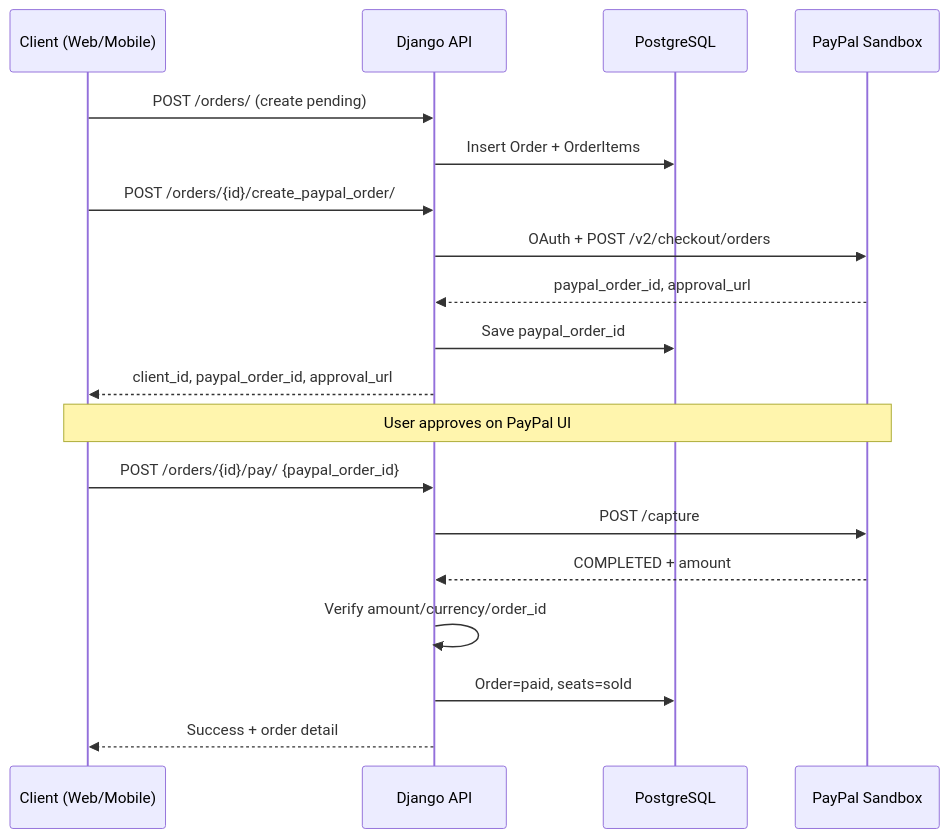
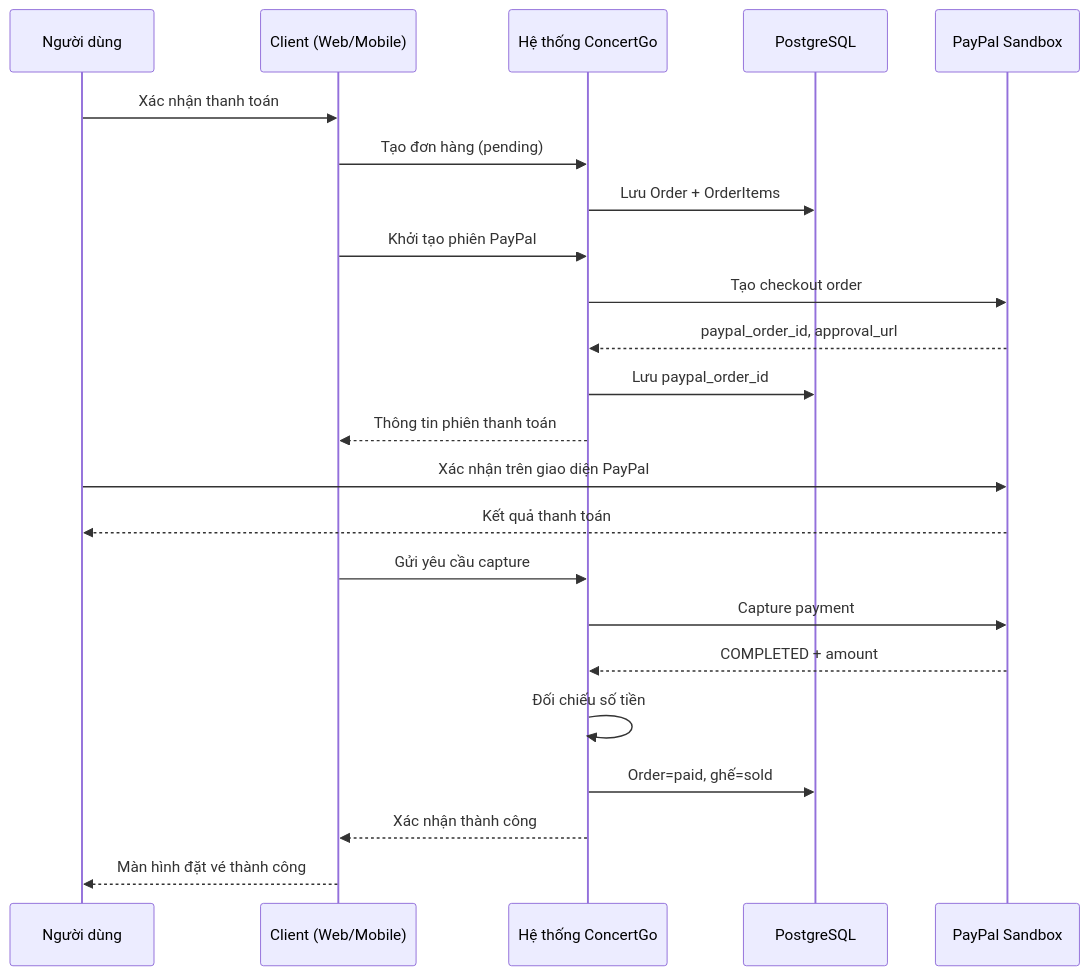
One commit to hdunq11/dant changed the third of 3 diagrams in docs/pttk.md. Above: the diagram before and after it, drawn with Mermaid. The commit also changed other lines of this file and 84 other files, not shown here.

````diff
--- a/docs/pttk.md
+++ b/docs/pttk.md
@@ -810,24 +844,28 @@
 ```mermaid
 sequenceDiagram
+    participant U as Người dùng
     participant C as Client (Web/Mobile)
-    participant API as Django API
+    participant API as Hệ thống ConcertGo
     participant DB as PostgreSQL
     participant PP as PayPal Sandbox
 
-    C->>API: POST /orders/ (create pending)
-    API->>DB: Insert Order + OrderItems
-    C->>API: POST /orders/{id}/create_paypal_order/
-    API->>PP: OAuth + POST /v2/checkout/orders
+    U->>C: Xác nhận thanh toán
+    C->>API: Tạo đơn hàng (pending)
+    API->>DB: Lưu Order + OrderItems
+    C->>API: Khởi tạo phiên PayPal
+    API->>PP: Tạo checkout order
     PP-->>API: paypal_order_id, approval_url
-    API->>DB: Save paypal_order_id
-    API-->>C: client_id, paypal_order_id, approval_url
+    API->>DB: Lưu paypal_order_id
+    API-->>C: Thông tin phiên thanh toán
 
-    Note over C,PP: User approves on PayPal UI
+    U->>PP: Xác nhận trên giao diện PayPal
+    PP-->>U: Kết quả thanh toán
 
-    C->>API: POST /orders/{id}/pay/ {paypal_order_id}
-    API->>PP: POST /capture
+    C->>API: Gửi yêu cầu capture
+    API->>PP: Capture payment
     PP-->>API: COMPLETED + amount
-    API->>API: Verify amount/currency/order_id
-    API->>DB: Order=paid, seats=sold
-    API-->>C: Success + order detail
+    API->>API: Đối chiếu số tiền
+    API->>DB: Order=paid, ghế=sold
+    API-->>C: Xác nhận thành công
+    C-->>U: Màn hình đặt vé thành công
 ```
````
